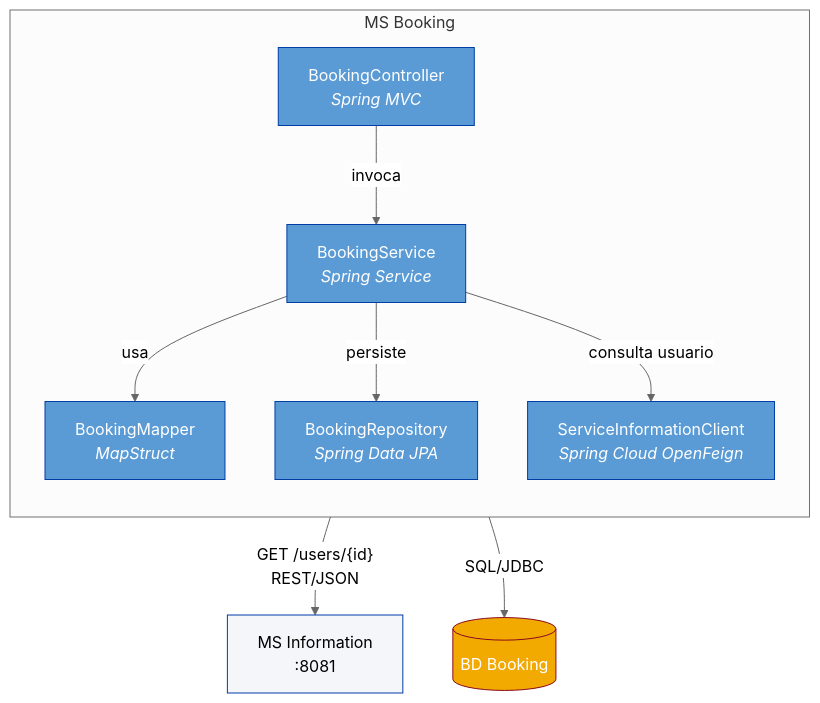
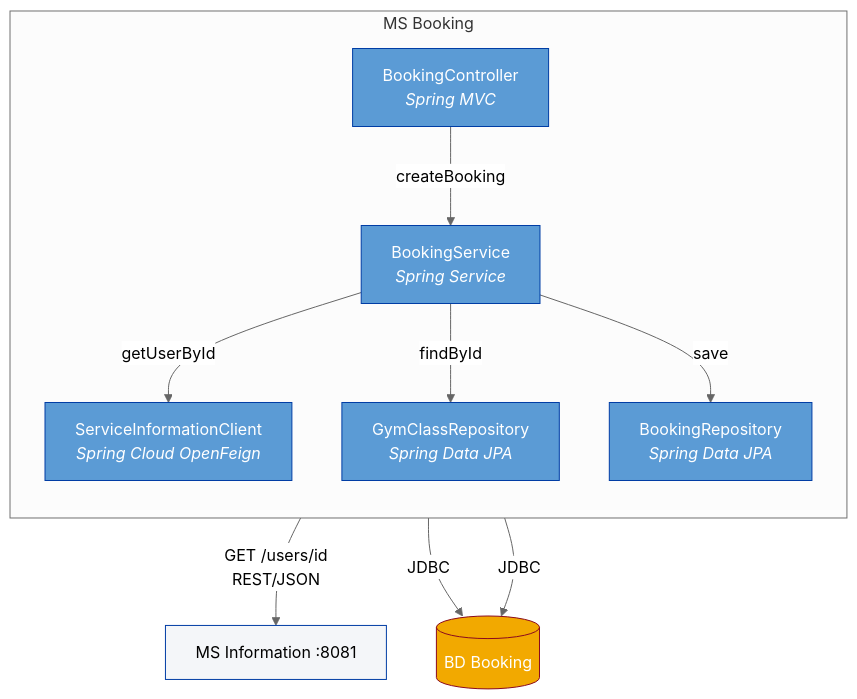
One commit to arielhurtado/springbootexamples changed the second of 8 diagrams in BokingGymNewVersion/architecture.md. Above: the diagram before and after it, drawn with Mermaid (neutral theme). The commit also changed other lines of this file, not shown here.

Commit message:
Update architecture complaint with the code

````diff
--- a/BokingGymNewVersion/architecture.md
+++ b/BokingGymNewVersion/architecture.md
@@ -124,29 +79,30 @@
 ```mermaid
 flowchart TB
     subgraph boundary["MS Booking"]
         direction TB
         controller["BookingController<br/><i>Spring MVC</i>"]
         service["BookingService<br/><i>Spring Service</i>"]
-        repo["BookingRepository<br/><i>Spring Data JPA</i>"]
         feign["ServiceInformationClient<br/><i>Spring Cloud OpenFeign</i>"]
-        mapper["BookingMapper<br/><i>MapStruct</i>"]
+        bookingRepo["BookingRepository<br/><i>Spring Data JPA</i>"]
+        gymRepo["GymClassRepository<br/><i>Spring Data JPA</i>"]
     end
 
     bdBooking[("BD Booking")]
-    msInformation["MS Information<br/>:8081"]
+    msInformation["MS Information :8081"]
 
-    controller -->|invoca| service
-    service -->|usa| mapper
-    service -->|persiste| repo
-    service -->|consulta usuario| feign
-    feign -->|"GET /users/{id}<br/>REST/JSON"| msInformation
-    repo -->|SQL/JDBC| bdBooking
+    controller -->|createBooking| service
+    service -->|getUserById| feign
+    service -->|findById| gymRepo
+    service -->|save| bookingRepo
+    feign -->|"GET /users/id<br/>REST/JSON"| msInformation
+    bookingRepo -->|JDBC| bdBooking
+    gymRepo -->|JDBC| bdBooking
 
     classDef component fill:#5B9BD5,stroke:#003DA5,color:#fff
     classDef database fill:#F2A900,stroke:#8B0A1F,color:#fff
     classDef external fill:#F4F6F9,stroke:#003DA5,color:#000
 
-    class controller,service,repo,feign,mapper component
+    class controller,service,feign,bookingRepo,gymRepo component
     class bdBooking database
     class msInformation external
 ```
````
